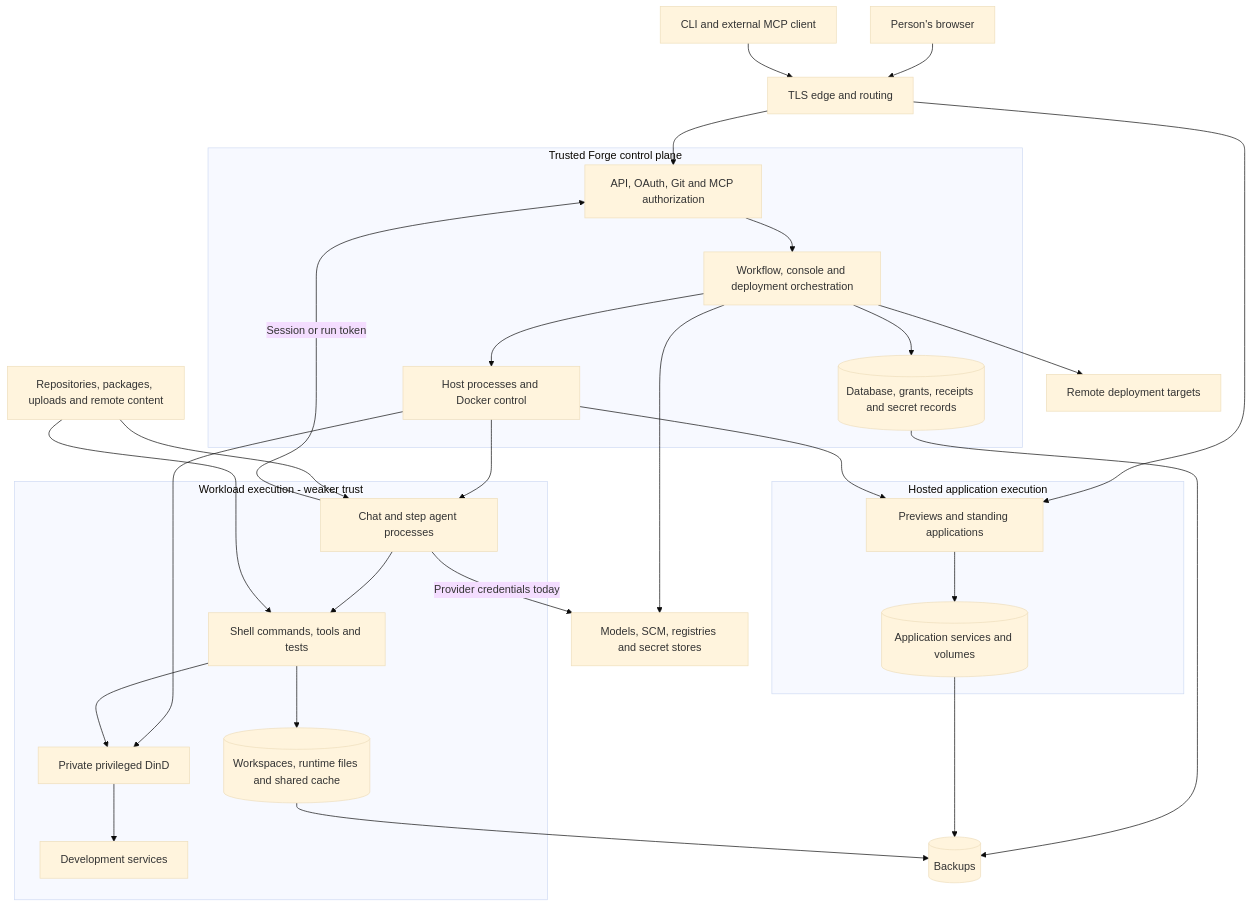
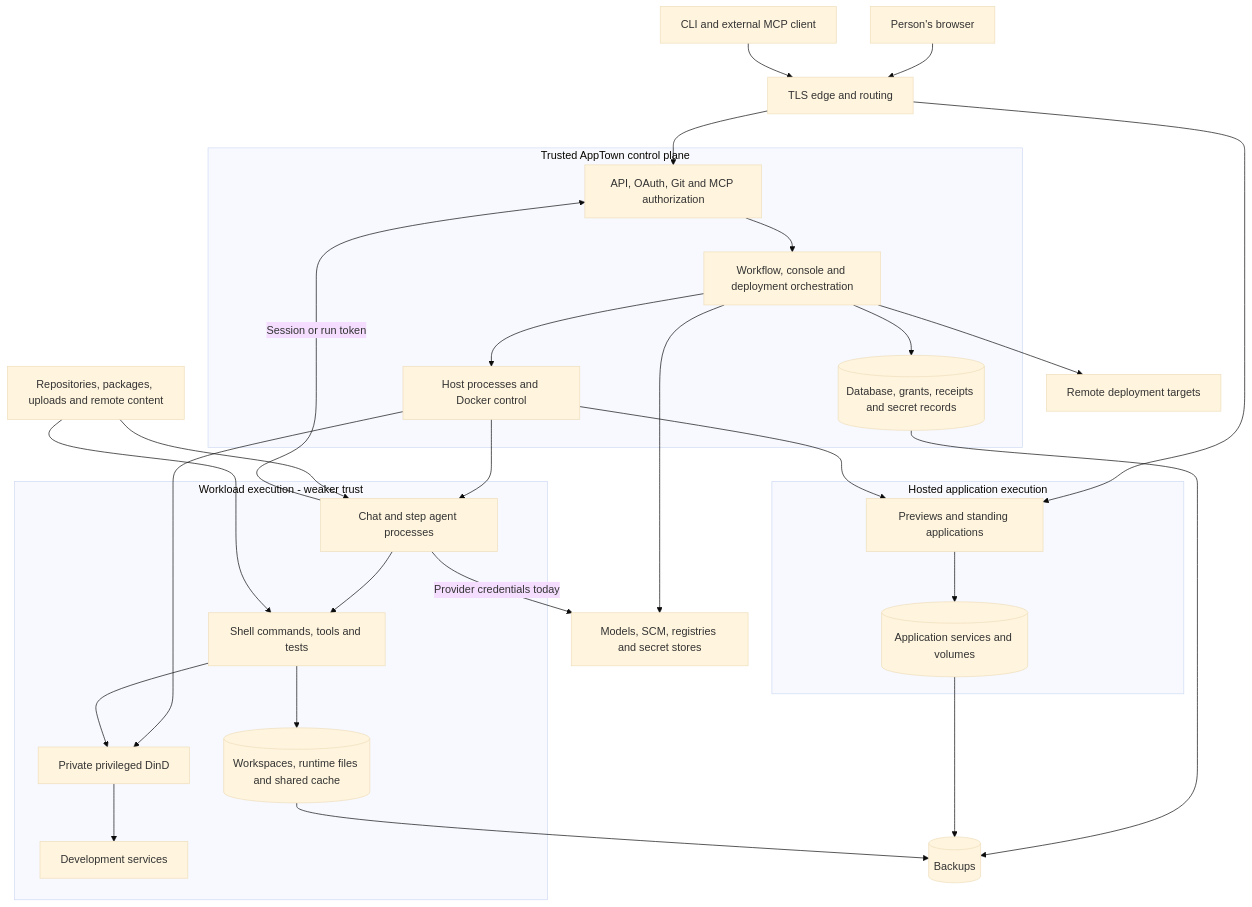
Before and after one commit to flokkit/apptown: the diagram in design/architecture/threat-model.md, drawn with Mermaid (base theme). The commit also changed other lines of this file and 152 other files, not shown here.

First line of the commit message:
AppTown names itself apptown: its instrument, audit actor, telemetry, self-reporting project

````diff
--- a/design/architecture/threat-model.md
+++ b/design/architecture/threat-model.md
@@ -191,51 +191,51 @@
 ```mermaid
 flowchart TB
   person[Person's browser]
   client[CLI and external MCP client]
   content[Repositories, packages, uploads and remote content]
   edge[TLS edge and routing]
-  subgraph control[Trusted Forge control plane]
+  subgraph control[Trusted AppTown control plane]
     api[API, OAuth, Git and MCP authorization]
     engine[Workflow, console and deployment orchestration]
     db[(Database, grants, receipts and secret records)]
     host[Host processes and Docker control]
   end
   subgraph work[Workload execution - weaker trust]
     agent[Chat and step agent processes]
     code[Shell commands, tools and tests]
     dind[Private privileged DinD]
     services[Development services]
     files[(Workspaces, runtime files and shared cache)]
   end
   subgraph hosted[Hosted application execution]
     apps[Previews and standing applications]
     data[(Application services and volumes)]
   end
   external[Models, SCM, registries and secret stores]
   target[Remote deployment targets]
   backup[(Backups)]
   person --> edge
   client --> edge
   edge --> api
   edge --> apps
   api --> engine
   engine --> db
   engine --> host
   host --> agent
   host --> dind
   host --> apps
   agent --> code
   content --> agent
   content --> code
   code --> files
   code --> dind
   dind --> services
   agent -->|Session or run token| api
   agent -->|Provider credentials today| external
   engine --> external
   engine --> target
   apps --> data
   db --> backup
   files --> backup
   data --> backup
 ```
````
